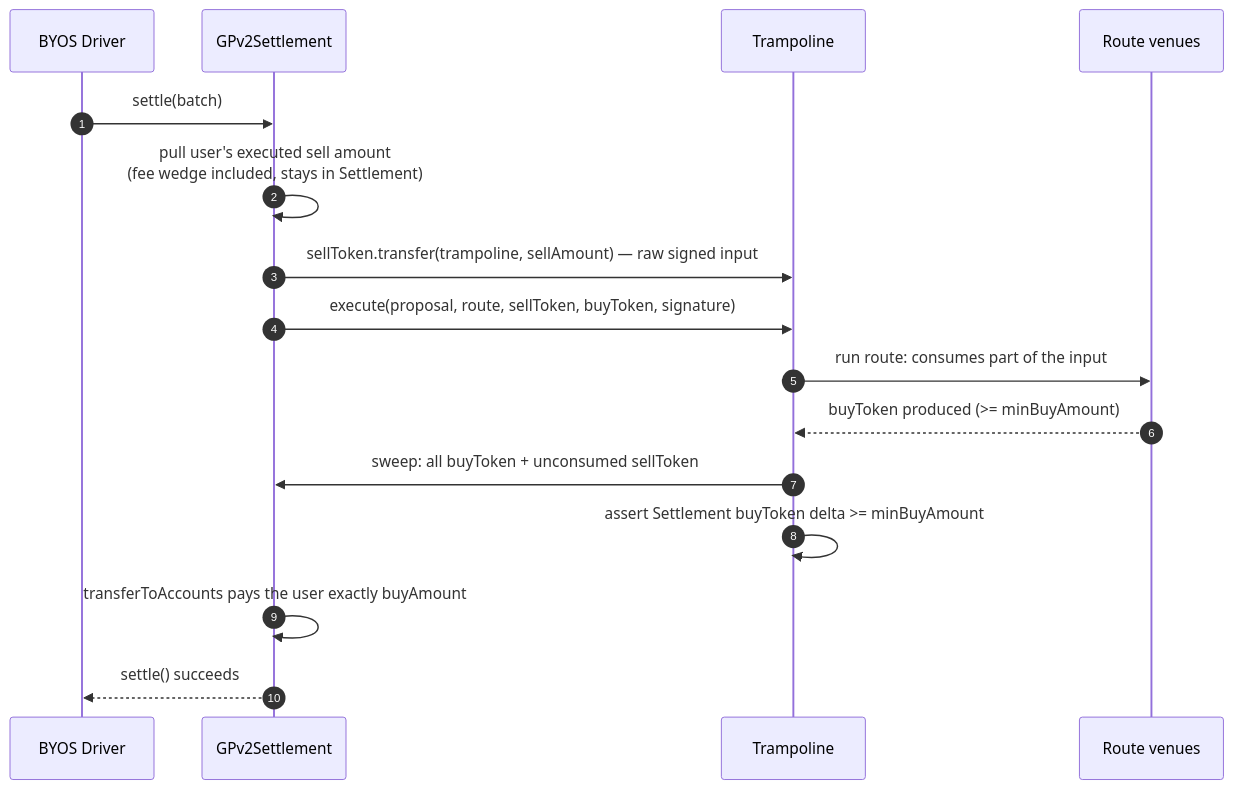
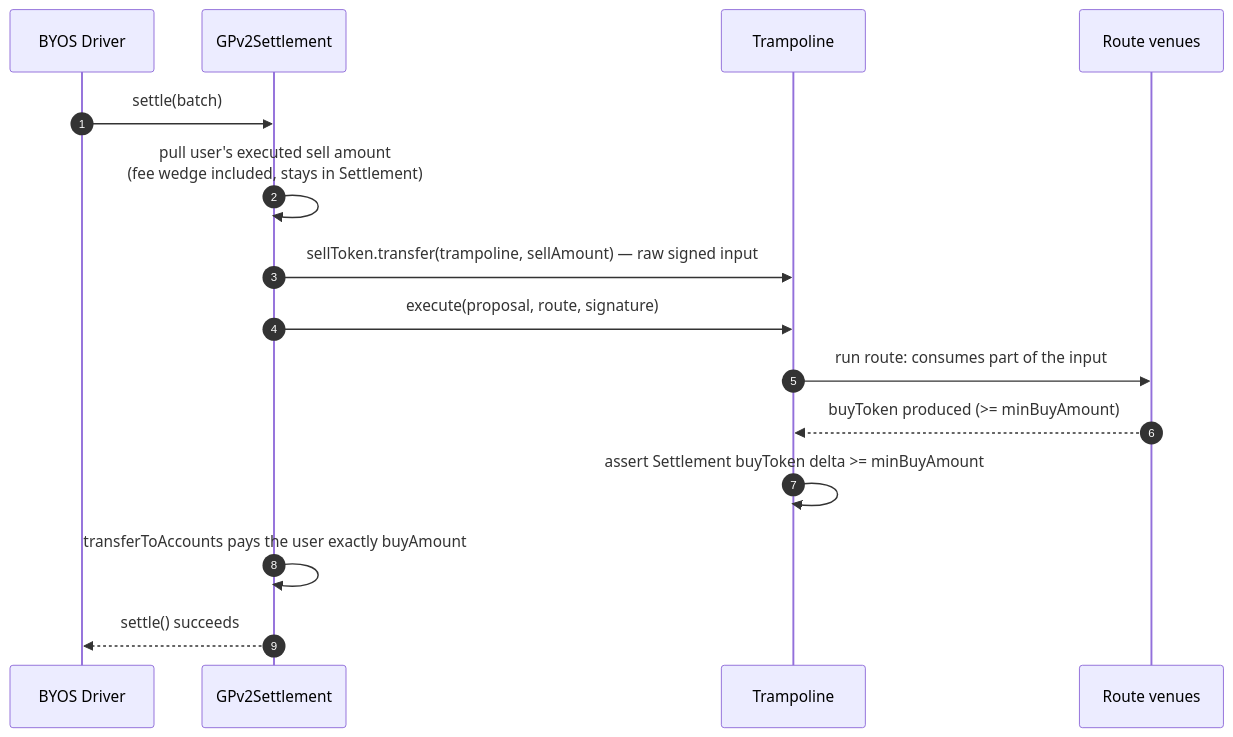
The third of 4 diagrams in design-document.md (bleu/byos-docs), drawn with Mermaid before and after one commit. The commit also changed other lines of this file and 2 other files, not shown here.

First line of the commit message:
docs: update proposal schema and execute signature for token binding (COW-1272)

````diff
--- a/design-document.md
+++ b/design-document.md
@@ -173,19 +171,18 @@
 ```mermaid
 sequenceDiagram
     autonumber
     participant D as BYOS Driver
     participant S as GPv2Settlement
     participant T as Trampoline
     participant R as Route venues
 
     D->>S: settle(batch)
     S->>S: pull user's executed sell amount<br/>(fee wedge included, stays in Settlement)
     S->>T: sellToken.transfer(trampoline, sellAmount) — raw signed input
-    S->>T: execute(proposal, route, sellToken, buyToken, signature)
+    S->>T: execute(proposal, route, signature)
     T->>R: run route: consumes part of the input
     R-->>T: buyToken produced (>= minBuyAmount)
-    T->>S: sweep: all buyToken + unconsumed sellToken
     T->>T: assert Settlement buyToken delta >= minBuyAmount
     S->>S: transferToAccounts pays the user exactly buyAmount
     S-->>D: settle() succeeds
 ```
````
